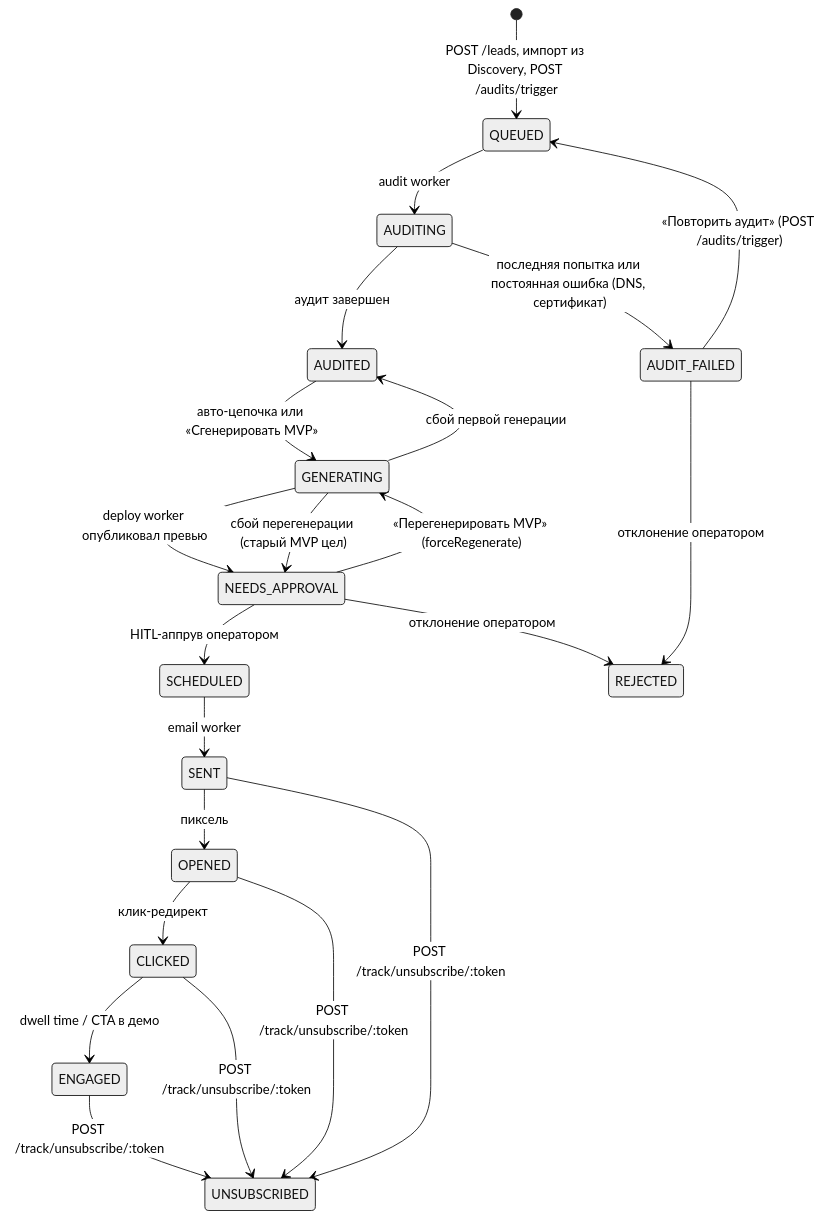
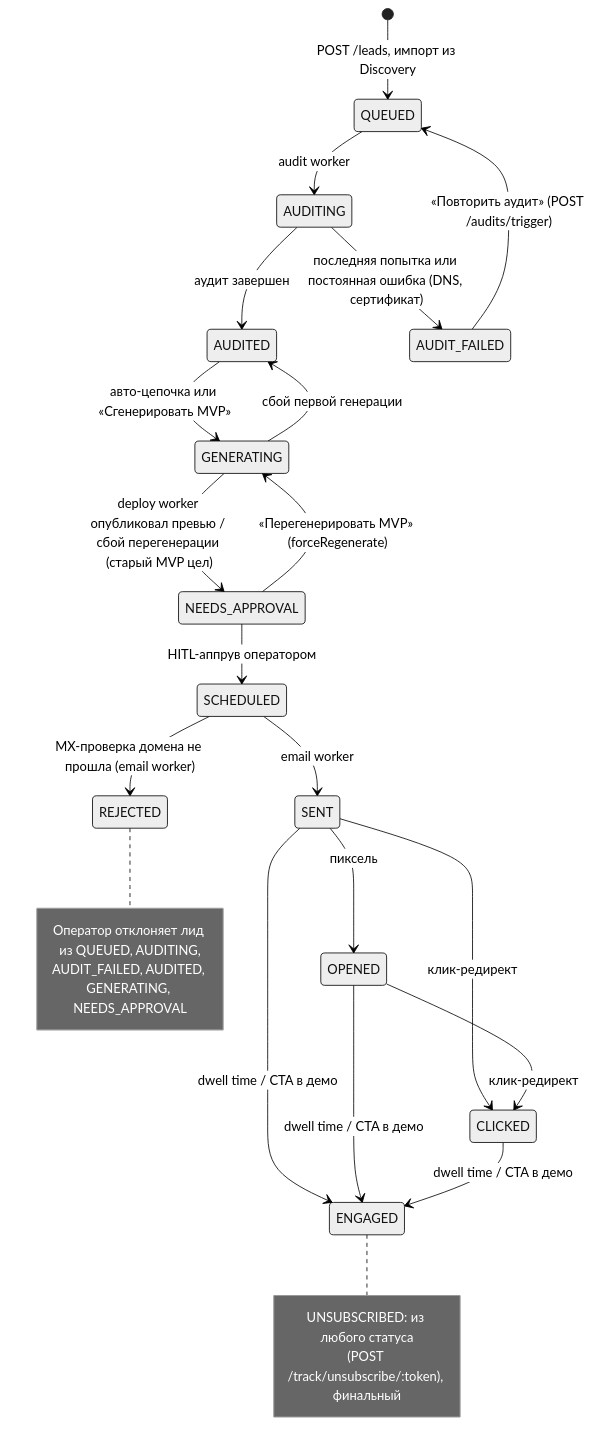
The eighth of 10 diagrams in blueprint.md (yurykurouski/revamp-docs), drawn with Mermaid (neutral theme) before and after one commit. The commit also changed other lines of this file and 3 other files, not shown here.

````diff
--- a/blueprint.md
+++ b/blueprint.md
@@ -546,24 +546,29 @@
 ```mermaid
 stateDiagram-v2
-    [*] --> QUEUED: POST /leads, импорт из Discovery, POST /audits/trigger
+    [*] --> QUEUED: POST /leads, импорт из Discovery
     QUEUED --> AUDITING: audit worker
     AUDITING --> AUDITED: аудит завершен
     AUDITING --> AUDIT_FAILED: последняя попытка или постоянная ошибка (DNS, сертификат)
     AUDIT_FAILED --> QUEUED: «Повторить аудит» (POST /audits/trigger)
-    AUDIT_FAILED --> REJECTED: отклонение оператором
     AUDITED --> GENERATING: авто-цепочка или «Сгенерировать MVP»
-    GENERATING --> NEEDS_APPROVAL: deploy worker опубликовал превью
+    GENERATING --> NEEDS_APPROVAL: deploy worker опубликовал превью / сбой перегенерации (старый MVP цел)
     GENERATING --> AUDITED: сбой первой генерации
-    GENERATING --> NEEDS_APPROVAL: сбой перегенерации (старый MVP цел)
     NEEDS_APPROVAL --> GENERATING: «Перегенерировать MVP» (forceRegenerate)
     NEEDS_APPROVAL --> SCHEDULED: HITL-аппрув оператором
-    NEEDS_APPROVAL --> REJECTED: отклонение оператором
     SCHEDULED --> SENT: email worker
+    SCHEDULED --> REJECTED: MX-проверка домена не прошла (email worker)
     SENT --> OPENED: пиксель
+    SENT --> CLICKED: клик-редирект
+    SENT --> ENGAGED: dwell time / CTA в демо
     OPENED --> CLICKED: клик-редирект
+    OPENED --> ENGAGED: dwell time / CTA в демо
     CLICKED --> ENGAGED: dwell time / CTA в демо
-    SENT --> UNSUBSCRIBED: POST /track/unsubscribe/:token
-    OPENED --> UNSUBSCRIBED: POST /track/unsubscribe/:token
-    CLICKED --> UNSUBSCRIBED: POST /track/unsubscribe/:token
-    ENGAGED --> UNSUBSCRIBED: POST /track/unsubscribe/:token
+    note right of REJECTED
+        Оператор отклоняет лид из QUEUED, AUDITING,
+        AUDIT_FAILED, AUDITED, GENERATING, NEEDS_APPROVAL
+    end note
+    note right of ENGAGED
+        UNSUBSCRIBED: из любого статуса
+        (POST /track/unsubscribe/:token), финальный
+    end note
 ```
````
